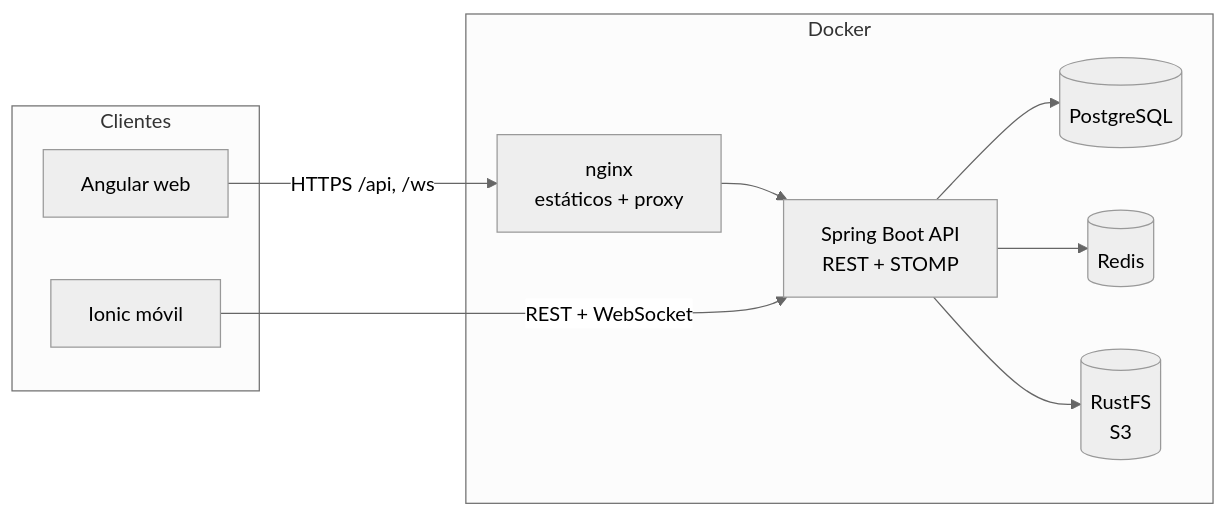
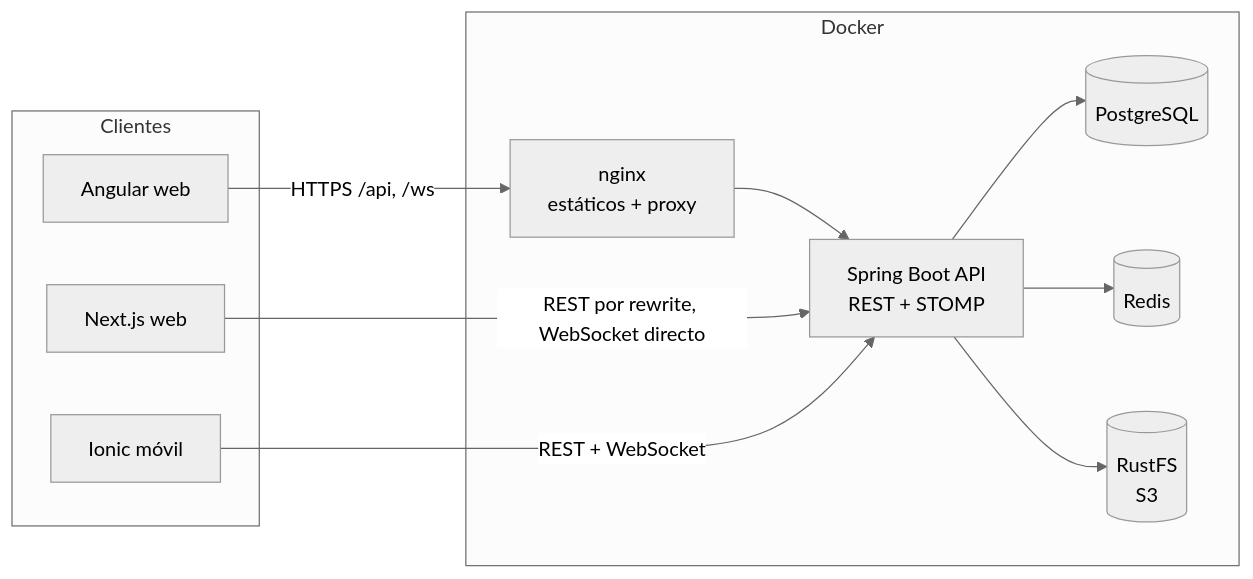
One commit to Paul-Gomez/PulseProject changed the first of 5 diagrams in README.md. Above: the diagram before and after it, drawn with Mermaid (neutral theme). The commit also changed other lines of this file, not shown here.

Commit message:
docs: explico el frontend de Next.js en el README

````diff
--- a/README.md
+++ b/README.md
@@ -56,22 +57,24 @@
 ```mermaid
 flowchart LR
     subgraph Clientes
         WEB[Angular web]
+        NEXT[Next.js web]
         MOB[Ionic móvil]
     end
 
     subgraph Docker
         NGINX[nginx<br/>estáticos + proxy]
         API[Spring Boot API<br/>REST + STOMP]
         PG[(PostgreSQL)]
         RD[(Redis)]
         S3[(RustFS<br/>S3)]
     end
 
     WEB -- HTTPS /api, /ws --> NGINX
     NGINX --> API
+    NEXT -- REST por rewrite, WebSocket directo --> API
     MOB -- REST + WebSocket --> API
     API --> PG
     API --> RD
     API --> S3
 ```
````
